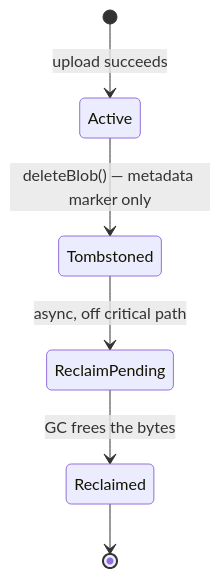
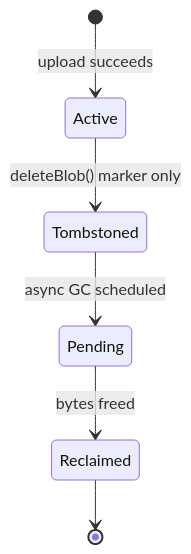
Diagram 11 of 16 in system-design/HLD/0-course/20-Blob-Store-FAANG-Guide-story.md (riyaz-pasha/Learnings), drawn with Mermaid before and after one commit. The commit also changed other lines of this file and 1 other file, not shown here.

First line of the commit message:
improve readability and fix mermaid diagrams for Blob Store guides

````diff
--- a/system-design/HLD/0-course/20-Blob-Store-FAANG-Guide-story.md
+++ b/system-design/HLD/0-course/20-Blob-Store-FAANG-Guide-story.md
@@ -298,8 +526,8 @@
 ```mermaid
 stateDiagram-v2
     [*] --> Active: upload succeeds
-    Active --> Tombstoned: deleteBlob() — metadata marker only
-    Tombstoned --> ReclaimPending: async, off critical path
-    ReclaimPending --> Reclaimed: GC frees the bytes
+    Active --> Tombstoned: deleteBlob() marker only
+    Tombstoned --> Pending: async GC scheduled
+    Pending --> Reclaimed: bytes freed
     Reclaimed --> [*]
 ```
````
